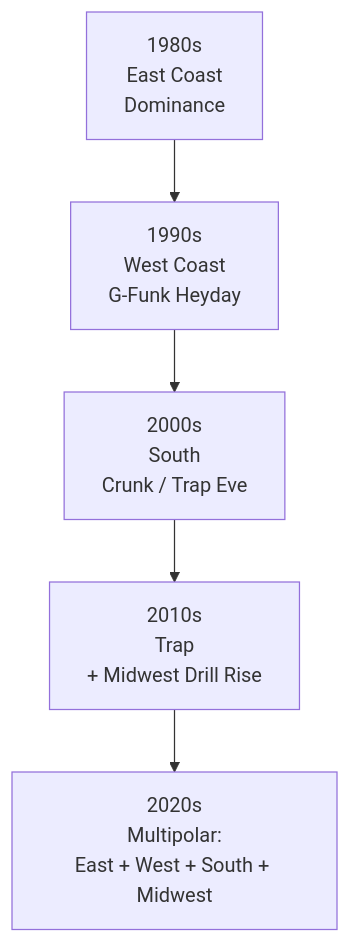
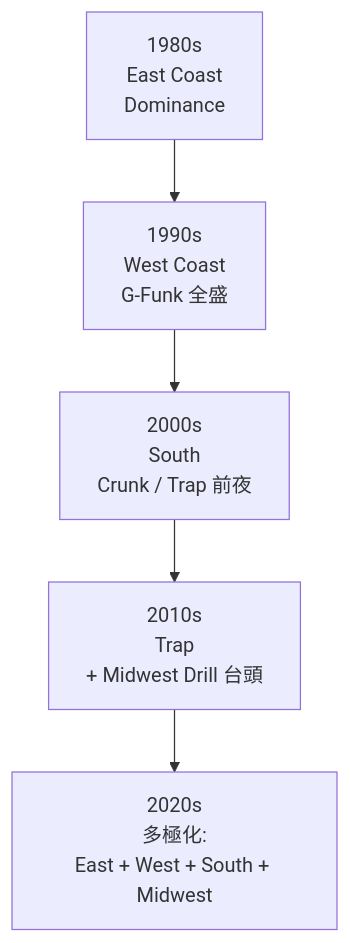
The second of 2 diagrams in en/_posts/2025-09-15-Column-Hiphop-History.md (monumental-movement/monumental-movement.github.io), drawn with Mermaid before and after one commit. The commit also changed other lines of this file and 1724 other files, not shown here.

```diff
--- a/en/_posts/2025-09-15-Column-Hiphop-History.md
+++ b/en/_posts/2025-09-15-Column-Hiphop-History.md
@@ -275,13 +273,13 @@
 <div class="mermaid">
 
 flowchart TB
-E["1980s<br/>East Coast<br/>Dominance"]
-W["1990s<br/>West Coast<br/>G-Funk Heyday"]
-S["2000s<br/>South<br/>Crunk / Trap Eve"]
-M["2010s<br/>Trap<br/>+ Midwest Drill Rise"]
-P["2020s<br/>Multipolar:<br/>East + West + South + Midwest"]
+        E["1980s<br/>East Coast<br/>Dominance"]
+        W["1990s<br/>West Coast<br/>G-Funk 全盛"]
+        S["2000s<br/>South<br/>Crunk / Trap 前夜"]
+        M["2010s<br/>Trap<br/>+ Midwest Drill 台頭"]
+        P["2020s<br/>多極化:<br/>East + West + South + Midwest"]
 
-E --> W --> S --> M --> P
+    E --> W --> S --> M --> P
 
 
 </div>
```
